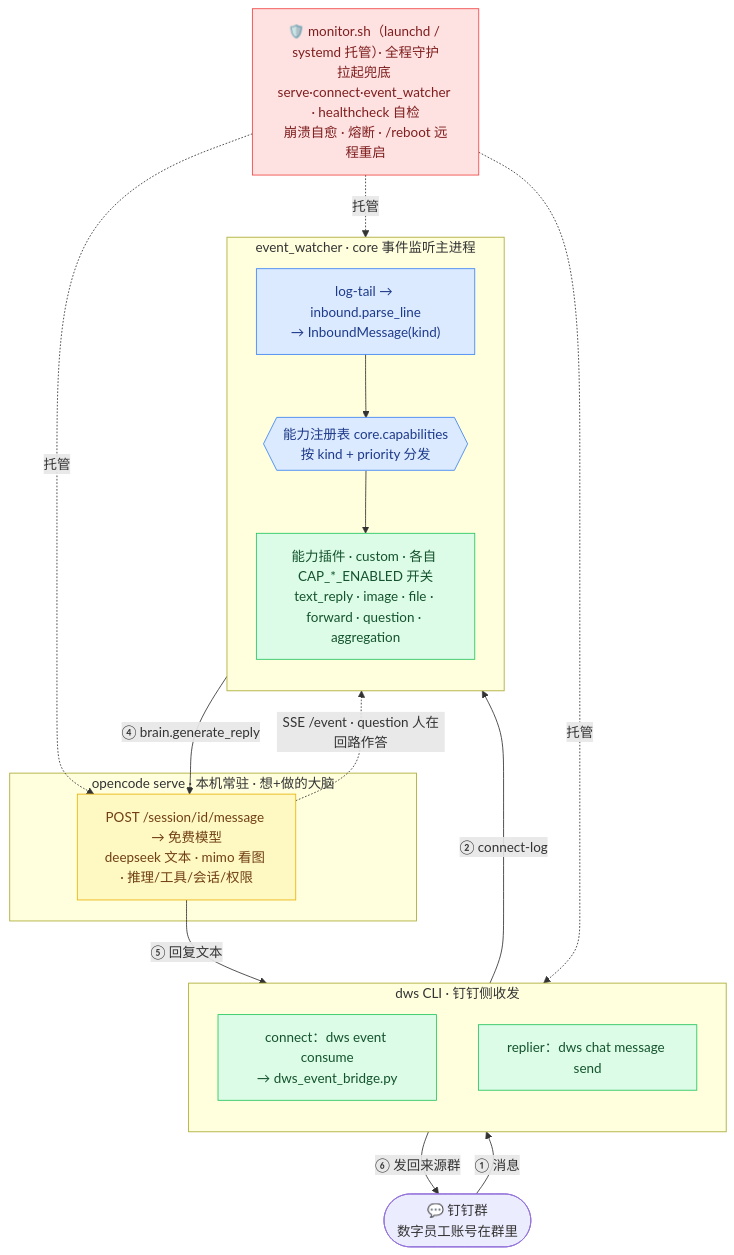
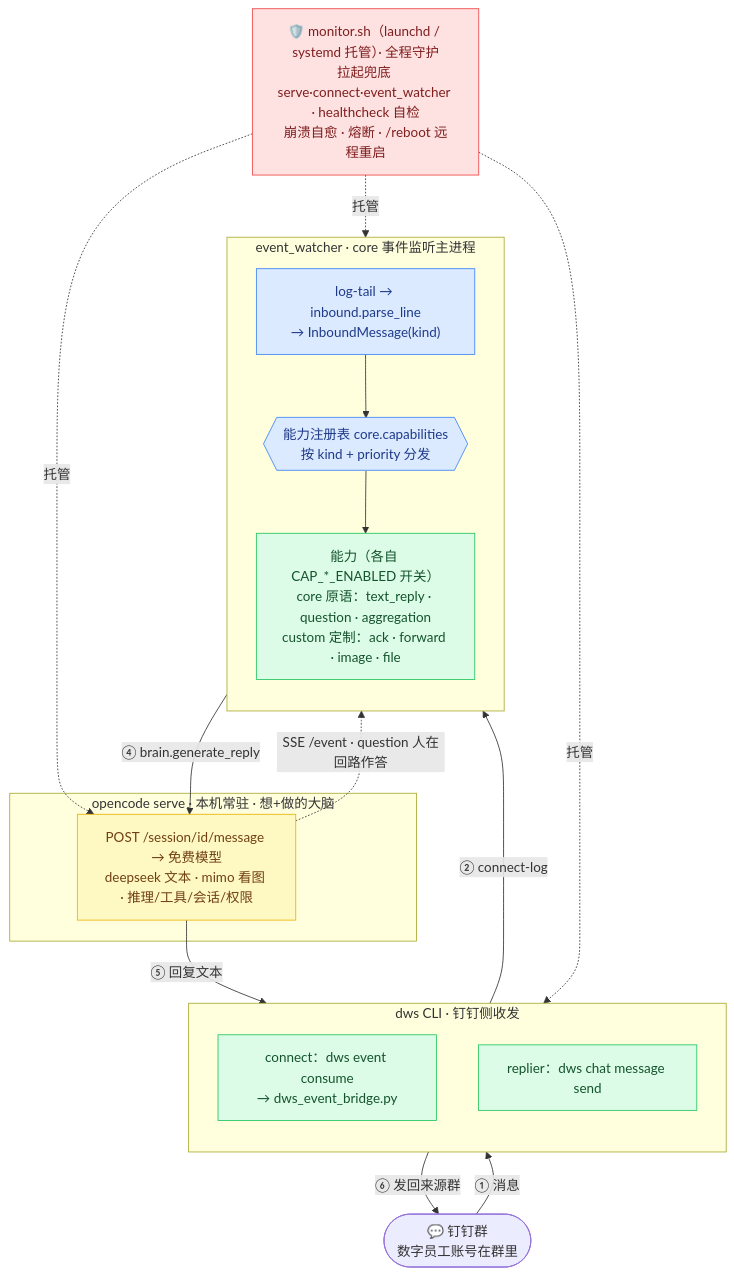
The diagram in README.md (hugozhu/dingtalk-opencode-tag), drawn with Mermaid before and after one commit. The commit also changed other lines of this file and 8 other files, not shown here.

````diff
--- a/README.md
+++ b/README.md
@@ -240,43 +240,43 @@
 ```mermaid
 flowchart TB
     G(["💬 钉钉群<br/>数字员工账号在群里"])
 
     subgraph DWS["dws CLI · 钉钉侧收发"]
         direction TB
         C["connect：dws event consume<br/>→ dws_event_bridge.py"]
         R["replier：dws chat message send"]
     end
 
     subgraph EW["event_watcher · core 事件监听主进程"]
         direction TB
         LT["log-tail → inbound.parse_line<br/>→ InboundMessage(kind)"]
         REG{{"能力注册表 core.capabilities<br/>按 kind + priority 分发"}}
-        CAPS["能力插件 · custom · 各自 CAP_*_ENABLED 开关<br/>text_reply · image · file · forward · question · aggregation"]
+        CAPS["能力（各自 CAP_*_ENABLED 开关）<br/>core 原语：text_reply · question · aggregation<br/>custom 定制：ack · forward · image · file"]
         LT --> REG --> CAPS
     end
 
     subgraph OC["opencode serve · 本机常驻 · 想+做的大脑"]
         BRAIN["POST /session/id/message → 免费模型<br/>deepseek 文本 · mimo 看图 · 推理/工具/会话/权限"]
     end
 
     G -->|"① 消息"| C
     C -->|"② connect-log"| LT
     CAPS -->|"④ brain.generate_reply"| BRAIN
     BRAIN -->|"⑤ 回复文本"| R
     R -->|"⑥ 发回来源群"| G
     BRAIN -.->|"SSE /event · question 人在回路作答"| LT
 
     MON["🛡️ monitor.sh（launchd / systemd 托管）· 全程守护<br/>拉起兜底 serve·connect·event_watcher · healthcheck 自检<br/>崩溃自愈 · 熔断 · /reboot 远程重启"]
     MON -.->|"托管"| C
     MON -.->|"托管"| LT
     MON -.->|"托管"| BRAIN
 
     classDef core fill:#dbeafe,stroke:#3b82f6,color:#1e3a8a;
     classDef custom fill:#dcfce7,stroke:#22c55e,color:#14532d;
     classDef ext fill:#fef9c3,stroke:#eab308,color:#713f12;
     classDef mon fill:#fee2e2,stroke:#ef4444,color:#7f1d1d;
     class LT,REG core;
     class CAPS,C,R custom;
     class BRAIN ext;
     class MON mon;
 ```
````
